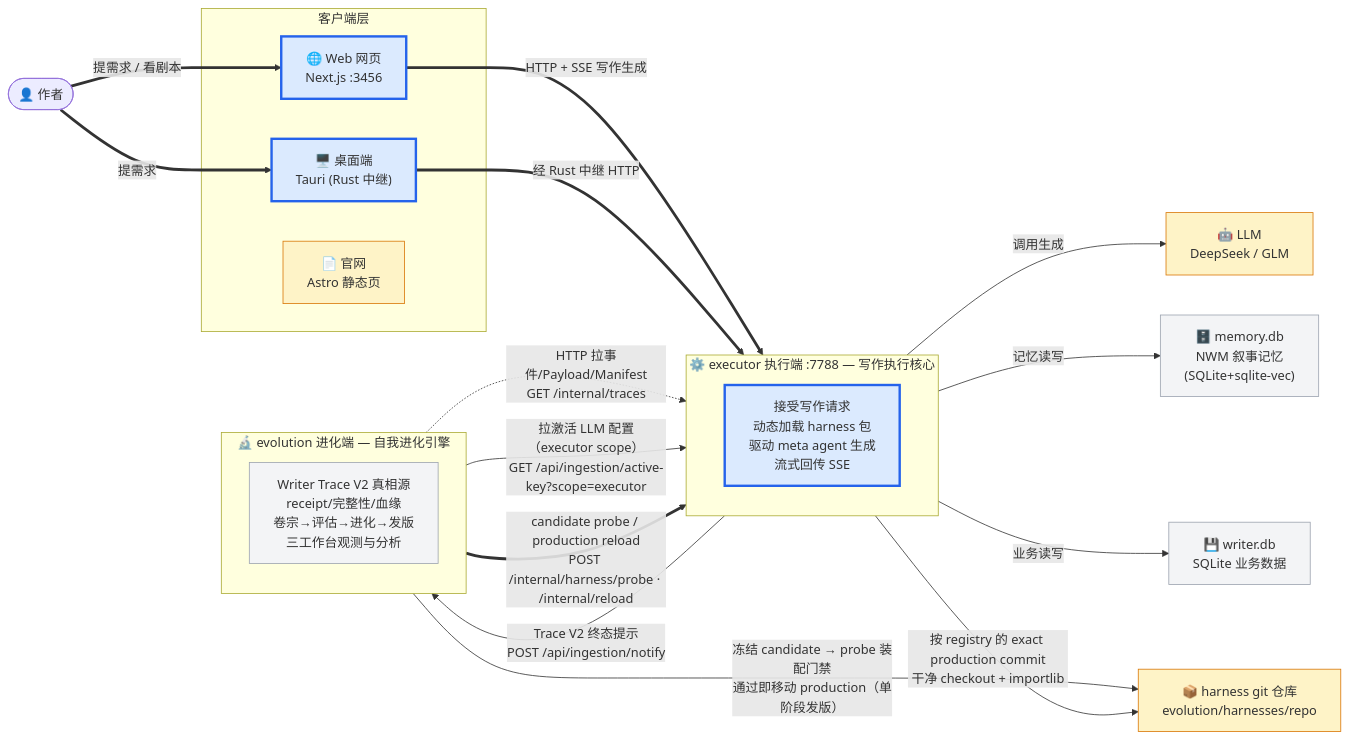
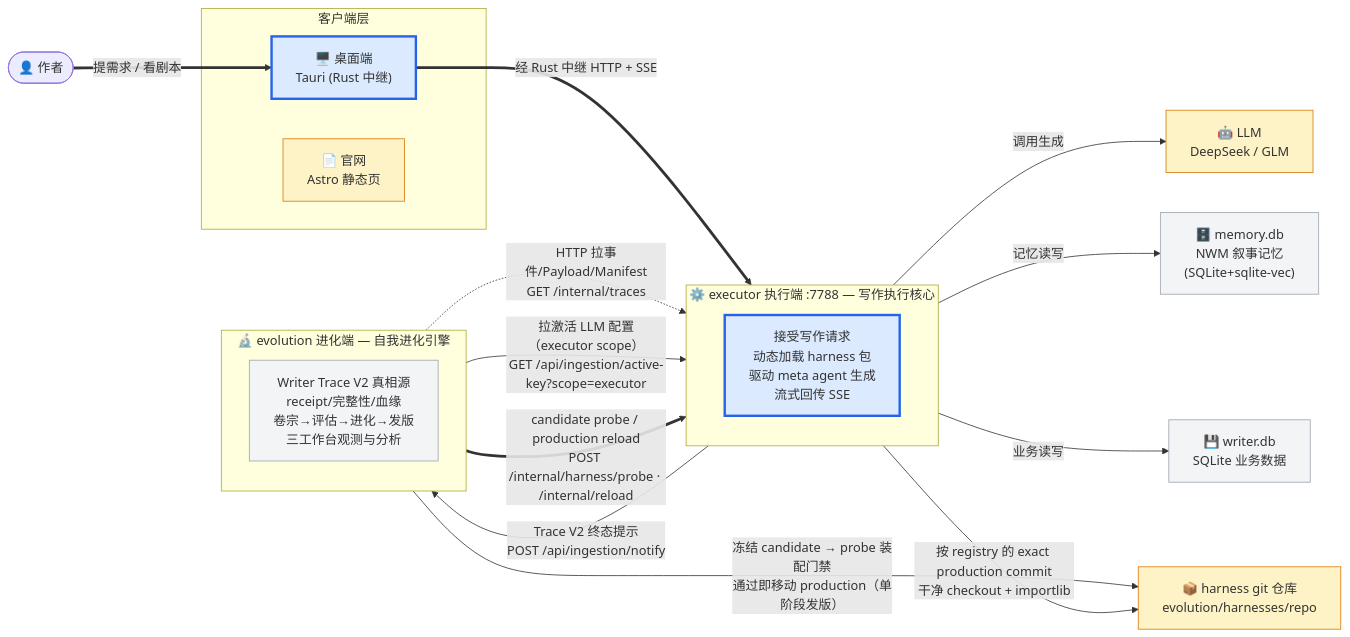
The first of 9 diagrams in docs/系统心智模型.md (gaoshoupaper-code/EvoWriter), drawn with Mermaid before and after one commit. The commit also changed other lines of this file and 58 other files, not shown here.

First line of the commit message:
chore: 清理废弃 frontend/ (Next.js 创作 Web) 及其 Dockerfile

````diff
--- a/docs/系统心智模型.md
+++ b/docs/系统心智模型.md
@@ -43,57 +43,54 @@
 ```mermaid
 flowchart LR
     Author(["👤 作者"])
 
     subgraph Clients["客户端层"]
-        Web["🌐 Web 网页<br/>Next.js :3456"]
         Desk["🖥️ 桌面端<br/>Tauri (Rust 中继)"]
         Site["📄 官网<br/>Astro 静态页"]
     end
 
     subgraph EX["⚙️ executor 执行端 :7788 — 写作执行核心"]
         direction TB
         EX_Core["接受写作请求<br/>动态加载 harness 包<br/>驱动 meta agent 生成<br/>流式回传 SSE"]
     end
 
     subgraph EV["🔬 evolution 进化端 — 自我进化引擎"]
         direction TB
         EV_Core["Writer Trace V2 真相源<br/>receipt/完整性/血缘<br/>卷宗→评估→进化→发版<br/>三工作台观测与分析"]
     end
 
     LLM["🤖 LLM<br/>DeepSeek / GLM"]
     MemDB["🗄️ memory.db<br/>NWM 叙事记忆<br/>(SQLite+sqlite-vec)"]
     DB["💾 writer.db<br/>SQLite 业务数据"]
     GitRepo["📦 harness git 仓库<br/>evolution/harnesses/repo"]
 
     %% 主线：写作生成全旅途（粗箭头）
-    Author ==>|"提需求 / 看剧本"| Web
-    Author ==>|"提需求"| Desk
-    Web ==>|"HTTP + SSE 写作生成"| EX_Core
-    Desk ==>|"经 Rust 中继 HTTP"| EX_Core
+    Author ==>|"提需求 / 看剧本"| Desk
+    Desk ==>|"经 Rust 中继 HTTP + SSE"| EX_Core
 
     %% executor 调外部
     EX_Core -->|"调用生成"| LLM
     EX_Core -->|"记忆读写"| MemDB
     EX_Core -->|"业务读写"| DB
 
     %% 进化闭环：executor ↔ evolution
     EX_Core -->|"Trace V2 终态提示<br/>POST /api/ingestion/notify"| EV_Core
     EV_Core -.->|"HTTP 拉事件/Payload/Manifest<br/>GET /internal/traces"| EX_Core
     EV_Core -->|"拉激活 LLM 配置（executor scope）<br/>GET /api/ingestion/active-key?scope=executor"| EX_Core
     EV_Core ==>|"candidate probe / production reload<br/>POST /internal/harness/probe · /internal/reload"| EX_Core
 
     %% harness 包加载
     EX_Core -->|"按 registry 的 exact production commit<br/>干净 checkout + importlib"| GitRepo
     EV_Core -->|"冻结 candidate → probe 装配门禁<br/>通过即移动 production（单阶段发版）"| GitRepo
 
     %% 官网独立
     Site
 
     classDef main fill:#dbeafe,stroke:#2563eb,stroke-width:3px
     classDef side fill:#f3f4f6,stroke:#9ca3af
     classDef ext fill:#fef3c7,stroke:#d97706
 
-    class Web,Desk,EX_Core main
+    class Desk,EX_Core main
     class EV_Core,DB,MemDB side
     class LLM,GitRepo,Site ext
 ```
````
